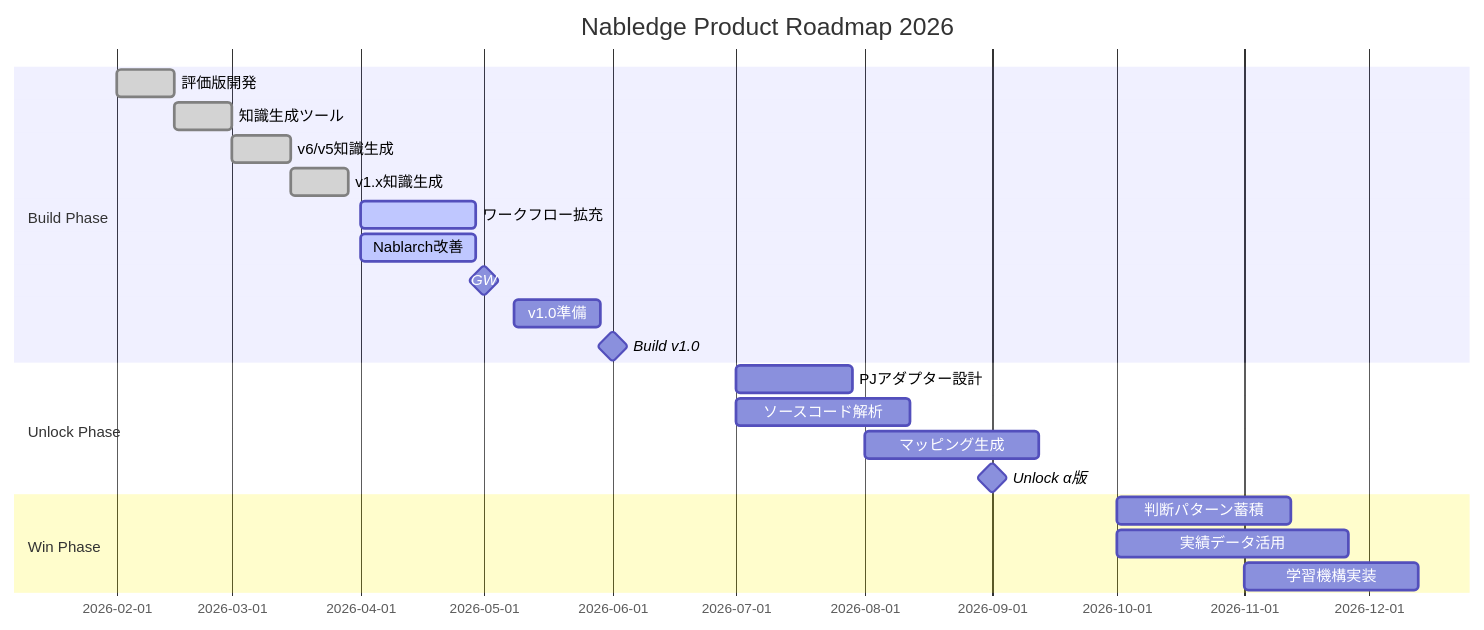
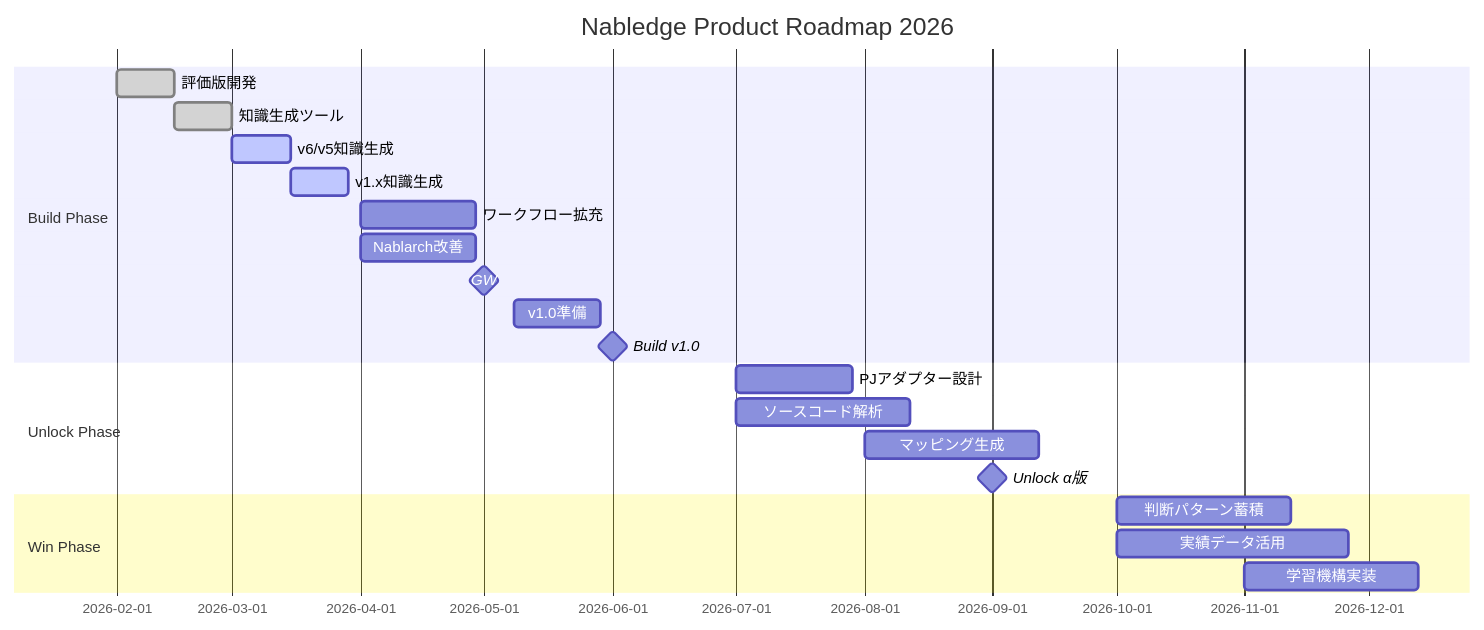
The diagram in doc/development-status.md (nablarch/nabledge-dev), drawn with Mermaid before and after one commit.

Commit message:
Update roadmap status: knowledge generation in progress
Changes:
- v6/v5知識生成: done → active (currently working)
- v1.x知識生成: done → active (currently working)
- ワークフロー拡充/Nablarch改善: active → future (not started yet)

Reflects actual work status accurately.

````diff
--- a/doc/development-status.md
+++ b/doc/development-status.md
@@ -19,27 +19,27 @@
 ```mermaid
 gantt
     title Nabledge Product Roadmap 2026
     dateFormat YYYY-MM-DD
 
     section Build Phase
     評価版開発                :done, 2026-02-01, 2w
     知識生成ツール            :done, 2026-02-15, 2w
-    v6/v5知識生成            :done, 2026-03-01, 2w
-    v1.x知識生成             :done, 2026-03-15, 2w
-    ワークフロー拡充          :active, 2026-04-01, 4w
-    Nablarch改善             :active, 2026-04-01, 4w
+    v6/v5知識生成            :active, 2026-03-01, 2w
+    v1.x知識生成             :active, 2026-03-15, 2w
+    ワークフロー拡充          :2026-04-01, 4w
+    Nablarch改善             :2026-04-01, 4w
     GW                      :milestone, 2026-05-01, 0d
     v1.0準備                :2026-05-08, 3w
     Build v1.0              :milestone, 2026-06-01, 0d
 
     section Unlock Phase
     PJアダプター設計          :2026-07-01, 4w
     ソースコード解析          :2026-07-01, 6w
     マッピング生成           :2026-08-01, 6w
     Unlock α版              :milestone, 2026-09-01, 0d
 
     section Win Phase
     判断パターン蓄積          :2026-10-01, 6w
     実績データ活用           :2026-10-01, 8w
     学習機構実装             :2026-11-01, 6w
 ```
````
